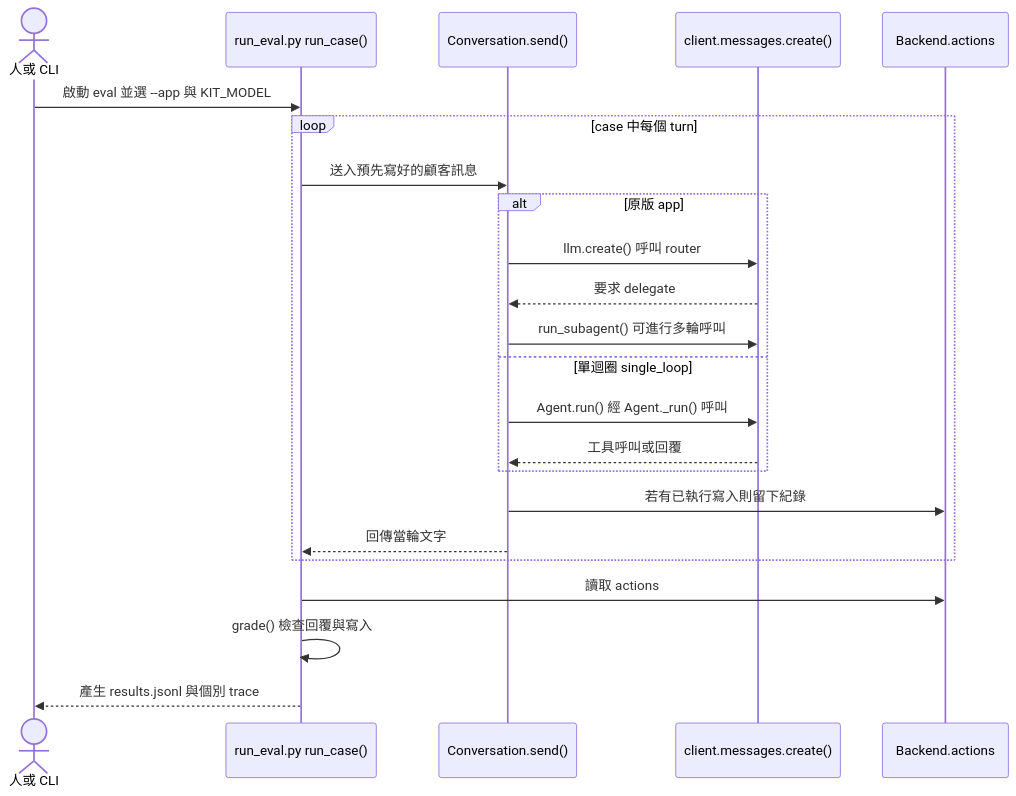
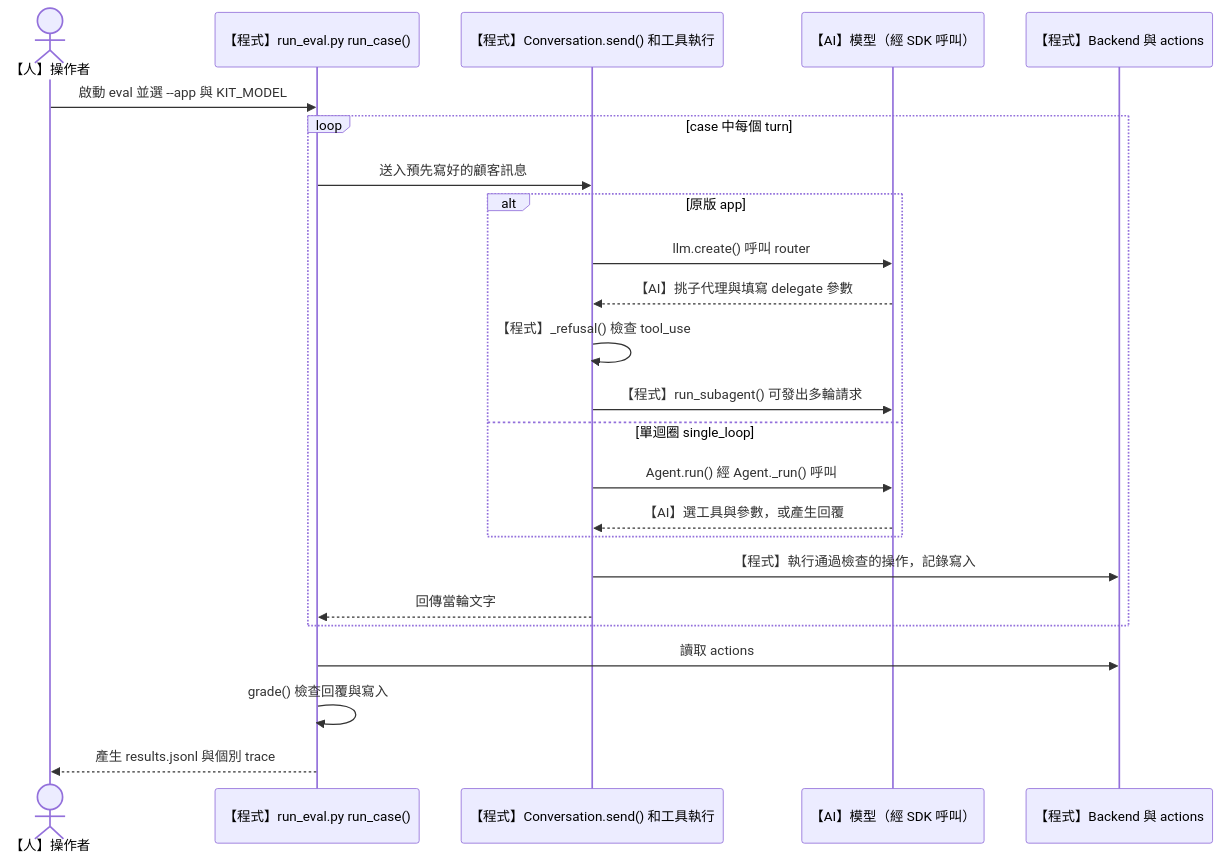
The second of 4 diagrams in AI/2026-10-22-BUILDING-AGENTS-WHEN-TO-FOLD-SUBAGENTS.md (swchen44/personal-knowledge-base-from-ai), drawn with Mermaid before and after one commit. The commit also changed other lines of this file and 1 other file, not shown here.

Commit message:
kb: label rule-based, model, and human actions in loop diagrams

````diff
--- a/AI/2026-10-22-BUILDING-AGENTS-WHEN-TO-FOLD-SUBAGENTS.md
+++ b/AI/2026-10-22-BUILDING-AGENTS-WHEN-TO-FOLD-SUBAGENTS.md
@@ -173,25 +185,26 @@
 ```mermaid
 sequenceDiagram
-    actor Human as 人或 CLI
-    participant Eval as run_eval.py run_case()
-    participant App as Conversation.send()
-    participant Client as client.messages.create()
-    participant Backend as Backend.actions
+    actor Human as 【人】操作者
+    participant Eval as 【程式】run_eval.py run_case()
+    participant App as 【程式】Conversation.send() 和工具執行
+    participant Client as 【AI】模型（經 SDK 呼叫）
+    participant Backend as 【程式】Backend 與 actions
     Human->>Eval: 啟動 eval 並選 --app 與 KIT_MODEL
     loop case 中每個 turn
         Eval->>App: 送入預先寫好的顧客訊息
         alt 原版 app
             App->>Client: llm.create() 呼叫 router
-            Client-->>App: 要求 delegate
-            App->>Client: run_subagent() 可進行多輪呼叫
+            Client-->>App: 【AI】挑子代理與填寫 delegate 參數
+            App->>App: 【程式】_refusal() 檢查 tool_use
+            App->>Client: 【程式】run_subagent() 可發出多輪請求
         else 單迴圈 single_loop
             App->>Client: Agent.run() 經 Agent._run() 呼叫
-            Client-->>App: 工具呼叫或回覆
+            Client-->>App: 【AI】選工具與參數，或產生回覆
         end
-        App->>Backend: 若有已執行寫入則留下紀錄
+        App->>Backend: 【程式】執行通過檢查的操作，記錄寫入
         App-->>Eval: 回傳當輪文字
     end
     Eval->>Backend: 讀取 actions
     Eval->>Eval: grade() 檢查回覆與寫入
     Eval-->>Human: 產生 results.jsonl 與個別 trace
 ```
````
